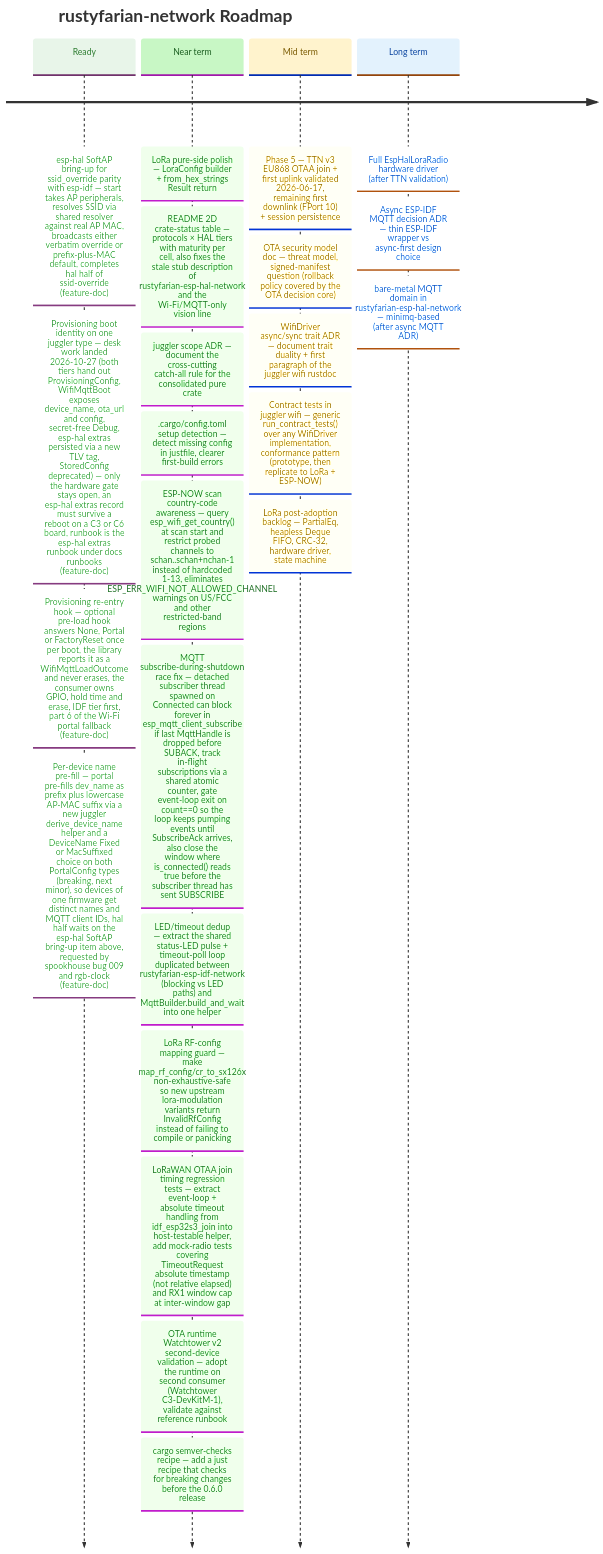
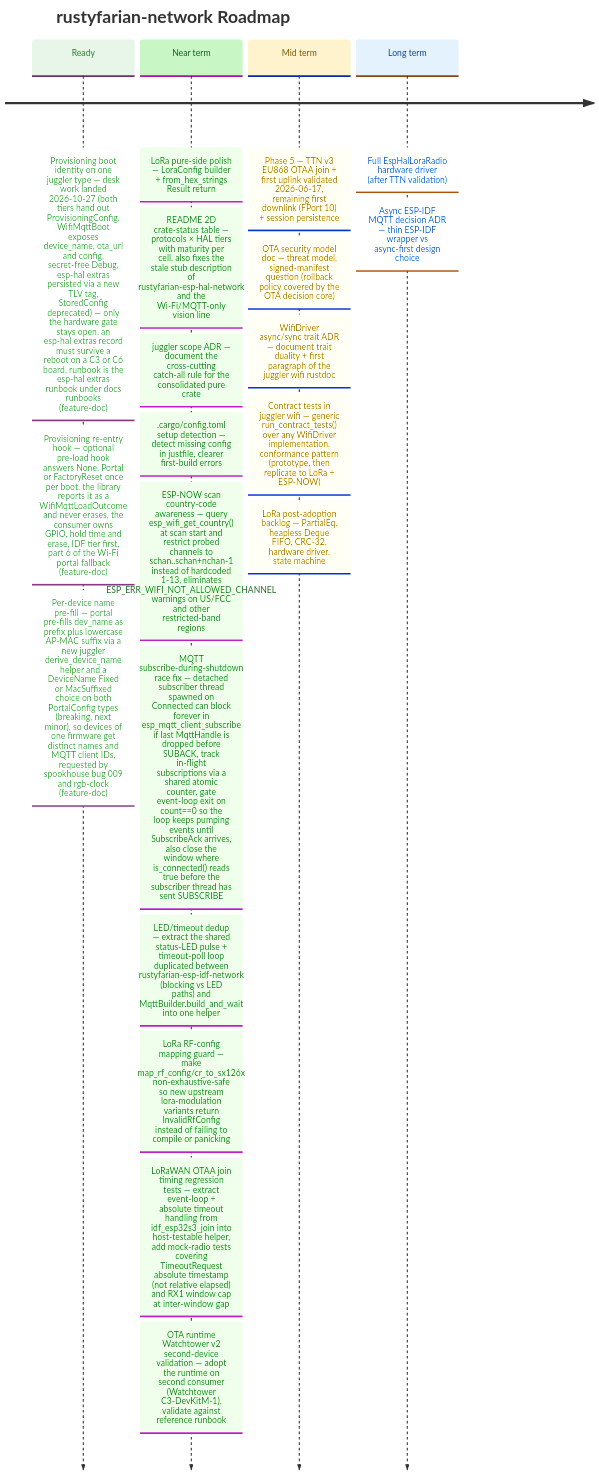
One commit to datenkollektiv/rustyfarian-network changed the diagram in docs/ROADMAP.md. Above: the diagram before and after it, drawn with Mermaid. The commit also changed other lines of this file and 8 other files, not shown here.

Commit message:
Roadmap Hygiene 2026-10-30

````diff
--- a/docs/ROADMAP.md
+++ b/docs/ROADMAP.md
@@ -18,45 +19,42 @@
 ```mermaid
 %%{init: {
   "theme": "base",
   "themeVariables": {
     "cScale0": "#e8f5e9",
     "cScaleLabel0": "#2e7d32",
     "cScale1": "#c8f7c5",
     "cScaleLabel1": "#1b5e20",
     "cScale2": "#fff3cd",
     "cScaleLabel2": "#7a5a00",
     "cScale3": "#e3f2fd",
     "cScaleLabel3": "#0d47a1"
   }
 }}%%
 
 timeline
     title rustyfarian-network Roadmap
 
-    Ready     : esp-hal SoftAP bring-up for ssid_override parity with esp-idf — start takes AP peripherals, resolves SSID via shared resolver against real AP MAC, broadcasts either verbatim override or prefix-plus-MAC default, completes hal half of ssid-override (feature-doc)
-              : Provisioning boot identity on one juggler type — desk work landed 2026-10-27 (both tiers hand out ProvisioningConfig, WifiMqttBoot exposes device_name, ota_url and config, secret-free Debug, esp-hal extras persisted via a new TLV tag, StoredConfig deprecated) — only the hardware gate stays open, an esp-hal extras record must survive a reboot on a C3 or C6 board, runbook is the esp-hal extras runbook under docs runbooks (feature-doc)
+    Ready     : Provisioning boot identity on one juggler type — desk work landed 2026-10-27 (both tiers hand out ProvisioningConfig, WifiMqttBoot exposes device_name, ota_url and config, secret-free Debug, esp-hal extras persisted via a new TLV tag, StoredConfig deprecated) — only the hardware gate stays open, an esp-hal extras record must survive a reboot on a C3 or C6 board, runbook is the esp-hal extras runbook under docs runbooks (feature-doc)
               : Provisioning re-entry hook — optional pre-load hook answers None, Portal or FactoryReset once per boot, the library reports it as a WifiMqttLoadOutcome and never erases, the consumer owns GPIO, hold time and erase, IDF tier first, part 6 of the Wi-Fi portal fallback (feature-doc)
-              : Per-device name pre-fill — portal pre-fills dev_name as prefix plus lowercase AP-MAC suffix via a new juggler derive_device_name helper and a DeviceName Fixed or MacSuffixed choice on both PortalConfig types (breaking, next minor), so devices of one firmware get distinct names and MQTT client IDs, hal half waits on the esp-hal SoftAP bring-up item above, requested by spookhouse bug 009 and rgb-clock (feature-doc)
+              : Per-device name pre-fill — portal pre-fills dev_name as prefix plus lowercase AP-MAC suffix via a new juggler derive_device_name helper and a DeviceName Fixed or MacSuffixed choice on both PortalConfig types (breaking, next minor), so devices of one firmware get distinct names and MQTT client IDs, requested by spookhouse bug 009 and rgb-clock (feature-doc)
 
     Near term : LoRa pure-side polish — LoraConfig builder + from_hex_strings Result return
               : README 2D crate-status table — protocols × HAL tiers with maturity per cell, also fixes the stale stub description of rustyfarian-esp-hal-network and the Wi-Fi/MQTT-only vision line
               : juggler scope ADR — document the cross-cutting catch-all rule for the consolidated pure crate
               : .cargo/config.toml setup detection — detect missing config in justfile, clearer first-build errors
               : ESP-NOW scan country-code awareness — query esp_wifi_get_country() at scan start and restrict probed channels to schan..schan+nchan-1 instead of hardcoded 1-13, eliminates ESP_ERR_WIFI_NOT_ALLOWED_CHANNEL warnings on US/FCC and other restricted-band regions
               : MQTT subscribe-during-shutdown race fix — detached subscriber thread spawned on Connected can block forever in esp_mqtt_client_subscribe if last MqttHandle is dropped before SUBACK, track in-flight subscriptions via a shared atomic counter, gate event-loop exit on count==0 so the loop keeps pumping events until SubscribeAck arrives, also close the window where is_connected() reads true before the subscriber thread has sent SUBSCRIBE
               : LED/timeout dedup — extract the shared status-LED pulse + timeout-poll loop duplicated between rustyfarian-esp-idf-network (blocking vs LED paths) and MqttBuilder.build_and_wait into one helper
               : LoRa RF-config mapping guard — make map_rf_config/cr_to_sx126x non-exhaustive-safe so new upstream lora-modulation variants return InvalidRfConfig instead of failing to compile or panicking
               : LoRaWAN OTAA join timing regression tests — extract event-loop + absolute timeout handling from idf_esp32s3_join into host-testable helper, add mock-radio tests covering TimeoutRequest absolute timestamp (not relative elapsed) and RX1 window cap at inter-window gap
               : OTA runtime Watchtower v2 second-device validation — adopt the runtime on second consumer (Watchtower C3-DevKitM-1), validate against reference runbook
-              : cargo semver-checks recipe — add a just recipe that checks for breaking changes before the 0.6.0 release
 
     Mid term  : Phase 5 — TTN v3 EU868 OTAA join + first uplink validated 2026-06-17, remaining first downlink (FPort 10) + session persistence
               : OTA security model doc — threat model, signed-manifest question (rollback policy covered by the OTA decision core)
               : WifiDriver async/sync trait ADR — document trait duality + first paragraph of the juggler wifi rustdoc
               : Contract tests in juggler wifi — generic run_contract_tests() over any WifiDriver implementation, conformance pattern (prototype, then replicate to LoRa + ESP-NOW)
               : LoRa post-adoption backlog — PartialEq, heapless Deque FIFO, CRC-32, hardware driver, state machine
 
     Long term : Full EspHalLoraRadio hardware driver (after TTN validation)
               : Async ESP-IDF MQTT decision ADR — thin ESP-IDF wrapper vs async-first design choice
-              : bare-metal MQTT domain in rustyfarian-esp-hal-network — minimq-based (after async MQTT ADR)
 ```
````
